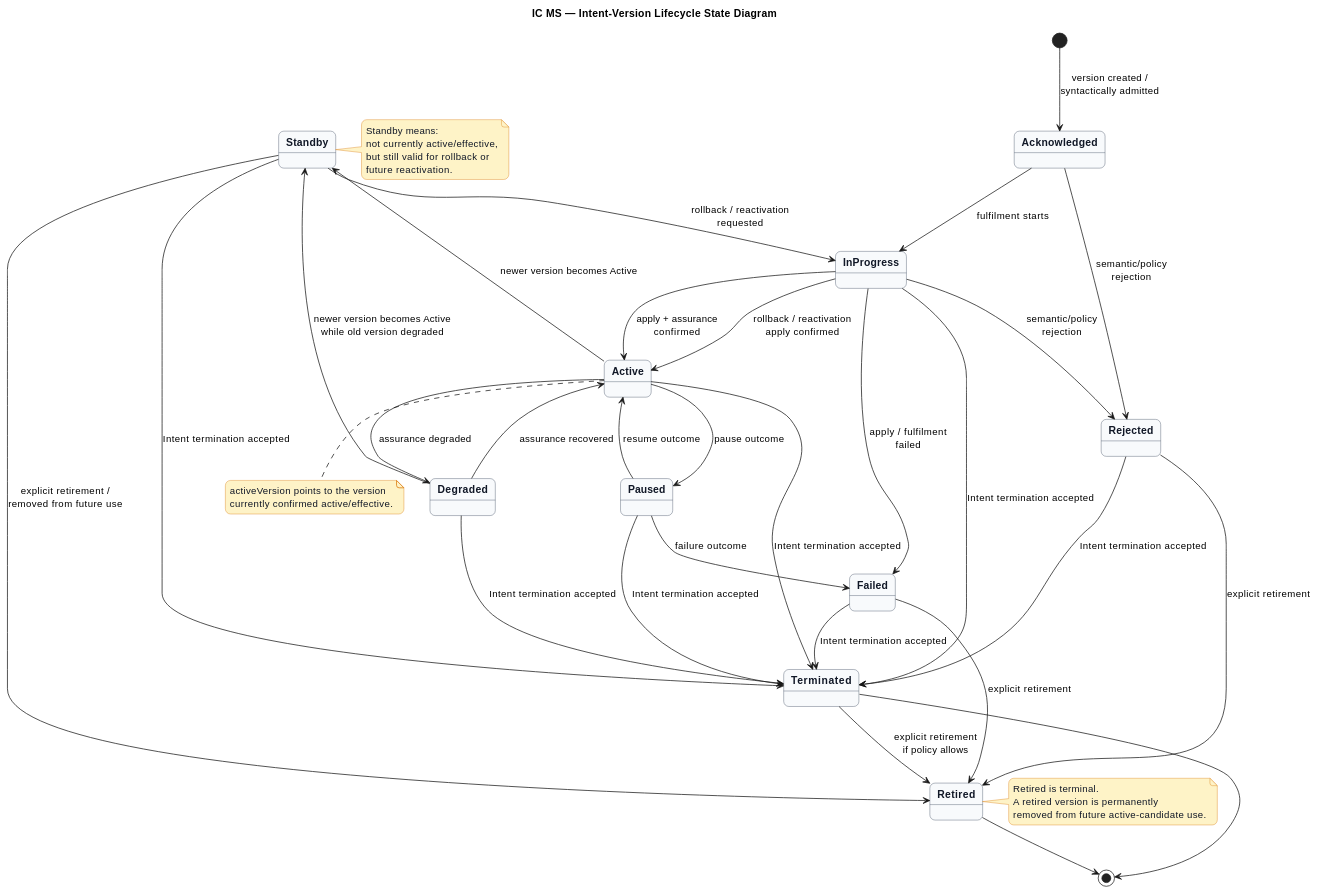
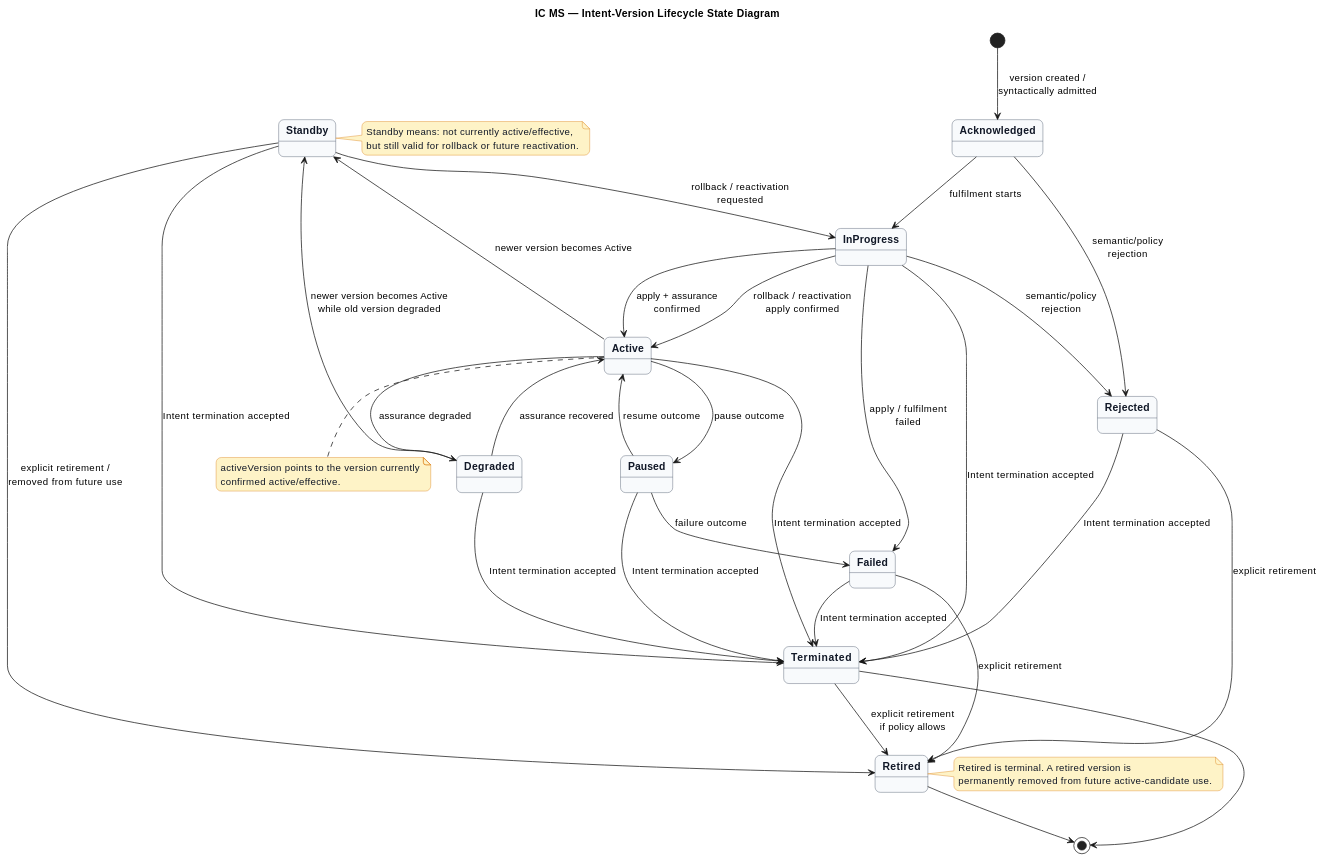
The second of 2 diagrams in baseline/intent/ic_ms_design_brief.md (prageethw/im), drawn with PlantUML before and after one commit. The commit also changed other lines of this file, not shown here.

````diff
--- a/baseline/intent/ic_ms_design_brief.md
+++ b/baseline/intent/ic_ms_design_brief.md
@@ -709,78 +740,64 @@
 ```plantuml
 @startuml
 title IC MS — Intent-Version Lifecycle State Diagram
 
 skinparam backgroundColor #FFFFFF
 skinparam shadowing false
 skinparam roundcorner 14
 skinparam state {
   BackgroundColor #F8FAFC
   BorderColor #334155
   FontColor #111827
   FontStyle bold
 }
 skinparam note {
   BackgroundColor #FEF3C7
   BorderColor #D97706
   FontColor #111827
 }
 
 [*] --> Acknowledged : version created /\nsyntactically admitted
-
 Acknowledged --> Rejected : semantic/policy\nrejection
 Acknowledged --> InProgress : fulfilment starts
-
 InProgress --> Active : apply + assurance\nconfirmed
 InProgress --> Failed : apply / fulfilment\nfailed
 InProgress --> Rejected : semantic/policy\nrejection
-
 Active --> Degraded : assurance degraded
 Degraded --> Active : assurance recovered
-
 Active --> Standby : newer version becomes Active
 Degraded --> Standby : newer version becomes Active\nwhile old version degraded
-
 Standby --> InProgress : rollback / reactivation\nrequested
 InProgress --> Active : rollback / reactivation\napply confirmed
-
 Standby --> Retired : explicit retirement /\nremoved from future use
 Failed --> Retired : explicit retirement
 Rejected --> Retired : explicit retirement
 Terminated --> Retired : explicit retirement\nif policy allows
-
 Active --> Terminated : Intent termination accepted
 Degraded --> Terminated : Intent termination accepted
 Standby --> Terminated : Intent termination accepted
 InProgress --> Terminated : Intent termination accepted
 Paused --> Terminated : Intent termination accepted
 Failed --> Terminated : Intent termination accepted
 Rejected --> Terminated : Intent termination accepted
-
 Active --> Paused : pause outcome
 Paused --> Active : resume outcome
 Paused --> Failed : failure outcome
-
 Retired --> [*]
 Terminated --> [*]
 
 note right of Standby
-  Standby means:
-  not currently active/effective,
-  but still valid for rollback or
-  future reactivation.
+Standby means: not currently active/effective,
+but still valid for rollback or future reactivation.
 end note
 
 note right of Retired
-  Retired is terminal.
-  A retired version is permanently
-  removed from future active-candidate use.
+Retired is terminal. A retired version is
+permanently removed from future active-candidate use.
 end note
 
 note bottom of Active
-  activeVersion points to the version
-  currently confirmed active/effective.
+activeVersion points to the version currently
+confirmed active/effective.
 end note
-
 @enduml
-
 ```
````
